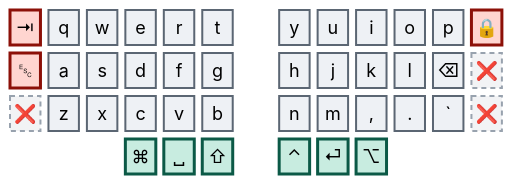
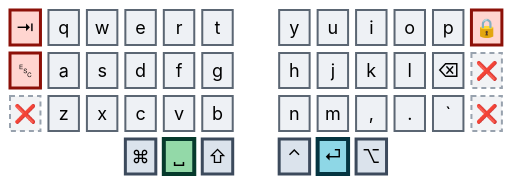
Before and after one commit to abloch/zmk-corne: the first of 6 diagrams in README.md, drawn with Mermaid. The commit also changed other lines of this file, not shown here.

````diff
--- a/README.md
+++ b/README.md
@@ -37,20 +68,24 @@
 ```mermaid
 %%{init: {'theme':'base','themeVariables':{'primaryColor':'#eef1f5','primaryTextColor':'#0b0f14','primaryBorderColor':'#5b6673','nodeTextColor':'#0b0f14','textColor':'#0b0f14','mainBkg':'#eef1f5','fontSize':'18px'}}}%%
 block
 columns 13
 
   tab["⇥"] q w e r t space y u i o p lock["🔒"]
   esc["␛"] a s d f g space h j k l bspc["⌫"] x1["❌"]
   x2["❌"] z x c v b space n m cma[","] dot["."] grv[" `"] x3["❌"]
   space:3 cmd["⌘"] spc["␣"] sft["⇧"] space ctl["⌃"] ent["⏎"] alt["⌥"] space:3
 
-  classDef core fill:#eef1f5,stroke:#5b6673,stroke-width:2px,color:#0b0f14
-  classDef thumb fill:#c8ece0,stroke:#0b5946,stroke-width:3px,color:#06241c
-  classDef doomed fill:#ffd5d0,stroke:#8c1008,stroke-width:3px,color:#3d0603
+  classDef plain fill:#eef1f5,stroke:#5b6673,stroke-width:2px,color:#0b0f14
+  classDef mod fill:#dbe3ec,stroke:#3c4a5c,stroke-width:3px,color:#0a1219
+  classDef goL1 fill:#8ed7e6,stroke:#053541,stroke-width:4px,color:#02141a
+  classDef goL2 fill:#93d9a8,stroke:#063a2c,stroke-width:4px,color:#031410
+  classDef alert fill:#ffd5d0,stroke:#8c1008,stroke-width:3px,color:#3d0603
   classDef dead fill:#f2f3f5,stroke:#98a2ae,stroke-width:2px,stroke-dasharray:5 4,color:#5b6673
 
-  class q,w,e,r,t,a,s,d,f,g,z,x,c,v,b,y,u,i,o,p,h,j,k,l,bspc,n,m,cma,dot,grv core
-  class cmd,spc,sft,ctl,ent,alt thumb
-  class tab,esc,lock doomed
+  class q,w,e,r,t,a,s,d,f,g,z,x,c,v,b,y,u,i,o,p,h,j,k,l,bspc,n,m,cma,dot,grv plain
+  class cmd,sft,ctl,alt mod
+  class ent goL1
+  class spc goL2
+  class tab,esc,lock alert
   class x1,x2,x3 dead
 ```
````
